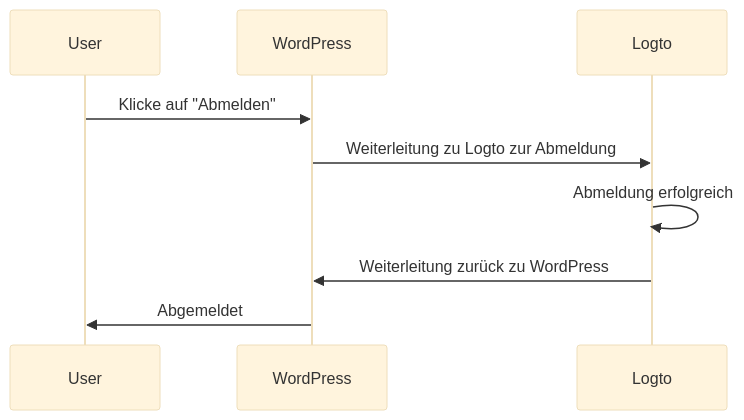
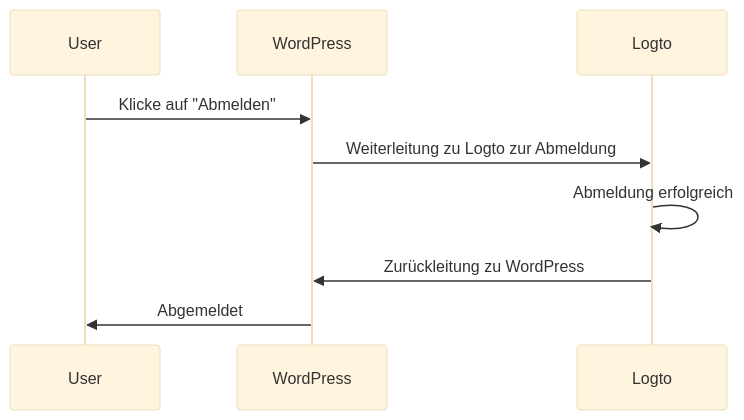
The second of 2 diagrams in i18n/de/docusaurus-plugin-content-docs/current/quick-starts/framework/wordpress-plugin/_integration.mdx (logto-io/docs), drawn with Mermaid (base theme) before and after one commit. The commit also changed other lines of this file and 407 other files, not shown here.

````diff
--- a/i18n/de/docusaurus-plugin-content-docs/current/quick-starts/framework/wordpress-plugin/_integration.mdx
+++ b/i18n/de/docusaurus-plugin-content-docs/current/quick-starts/framework/wordpress-plugin/_integration.mdx
@@ -78,12 +72,12 @@
 ```mermaid
 sequenceDiagram
     participant User
     participant WordPress
     participant Logto
 
     User->>WordPress: Klicke auf "Abmelden"
     WordPress->>Logto: Weiterleitung zu Logto zur Abmeldung
     Logto->>Logto: Abmeldung erfolgreich
-    Logto->>WordPress: Weiterleitung zurück zu WordPress
+    Logto->>WordPress: Zurückleitung zu WordPress
     WordPress->>User: Abgemeldet
 ```
````
